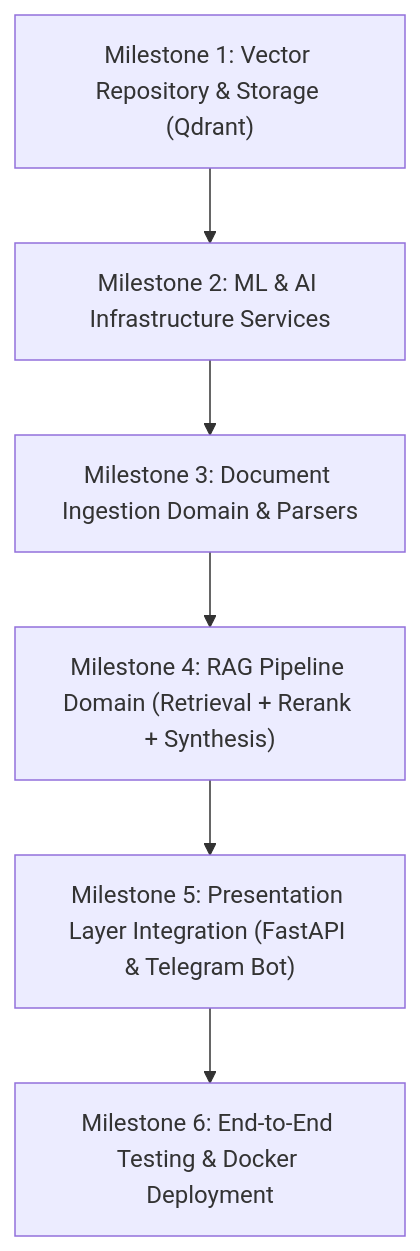
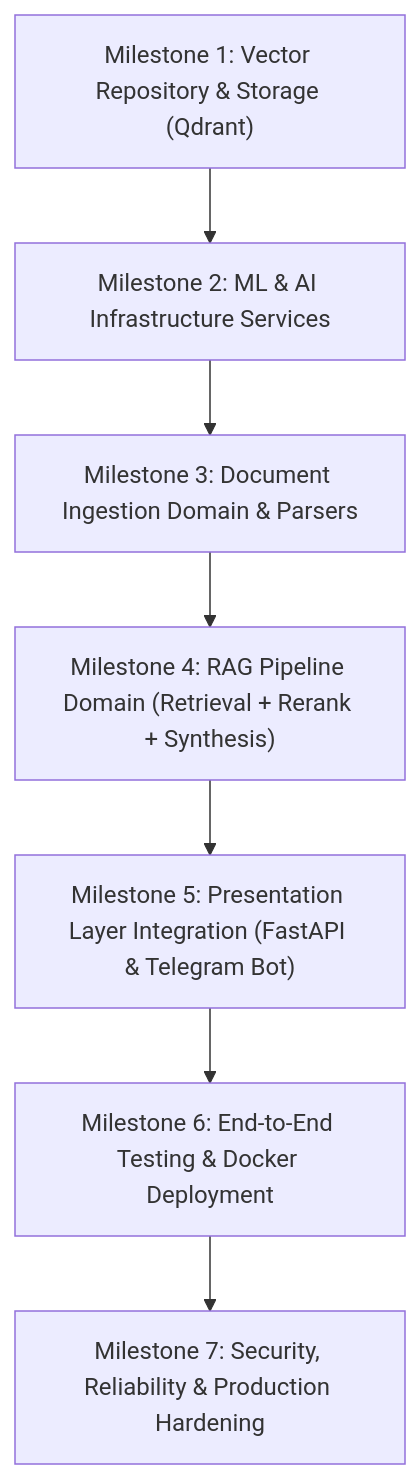
The diagram in plan.md (Leftmy/Raggy), drawn with Mermaid before and after one commit. The commit also changed other lines of this file and 3 other files, not shown here.

````diff
--- a/plan.md
+++ b/plan.md
@@ -17,8 +17,9 @@
 ```mermaid
 flowchart TD
     M1["Milestone 1: Vector Repository & Storage (Qdrant)"] --> M2["Milestone 2: ML & AI Infrastructure Services"]
     M2 --> M3["Milestone 3: Document Ingestion Domain & Parsers"]
     M3 --> M4["Milestone 4: RAG Pipeline Domain (Retrieval + Rerank + Synthesis)"]
     M4 --> M5["Milestone 5: Presentation Layer Integration (FastAPI & Telegram Bot)"]
     M5 --> M6["Milestone 6: End-to-End Testing & Docker Deployment"]
+    M6 --> M7["Milestone 7: Security, Reliability & Production Hardening"]
 ```
````
